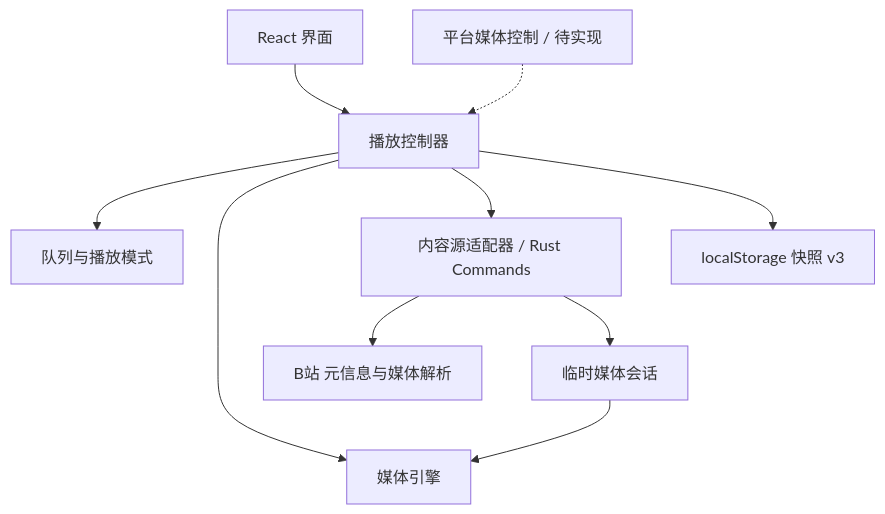
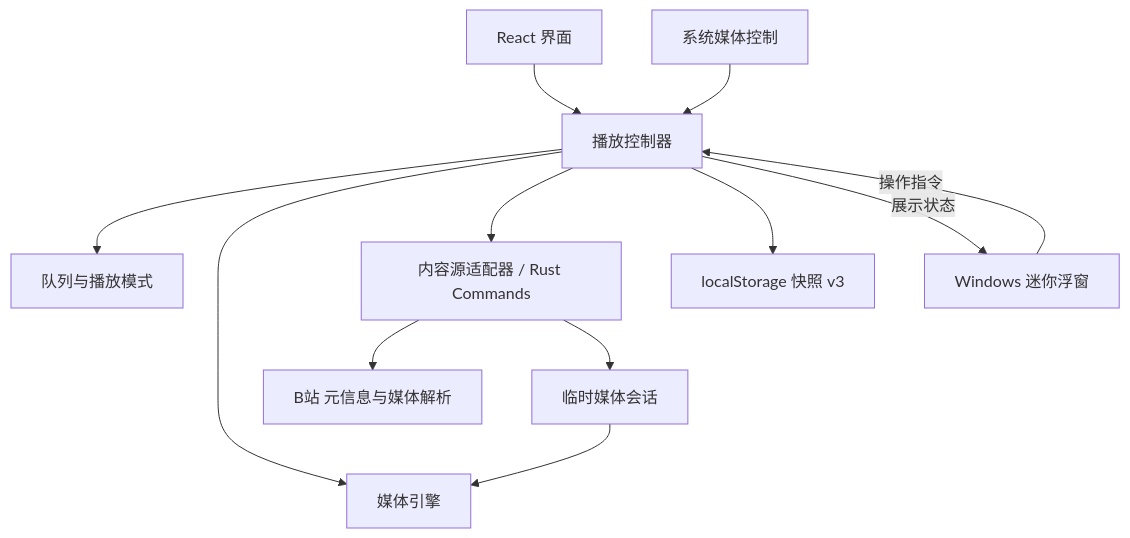
One commit to roy2651/bMuisc changed the diagram in docs/project-plan.md. Above: the diagram before and after it, drawn with Mermaid. The commit also changed other lines of this file and 6 other files, not shown here.

First line of the commit message:
fix: build mini window transparency on Windows only; docs v0.5.0 closeout

````diff
--- a/docs/project-plan.md
+++ b/docs/project-plan.md
@@ -86,12 +86,14 @@
 ```mermaid
 flowchart TD
     UI[React 界面] --> Controller[播放控制器]
     Controller --> Queue[队列与播放模式]
     Controller --> Engine[媒体引擎]
     Controller --> Source[内容源适配器 / Rust Commands]
     Controller --> Storage[localStorage 快照 v3]
     Source --> Bili[B站 元信息与媒体解析]
     Source --> Session[临时媒体会话]
     Session --> Engine
-    Platform[平台媒体控制 / 待实现] -.-> Controller
+    Platform[系统媒体控制] --> Controller
+    Mini[Windows 迷你浮窗] -->|操作指令| Controller
+    Controller -->|展示状态| Mini
 ```
````
